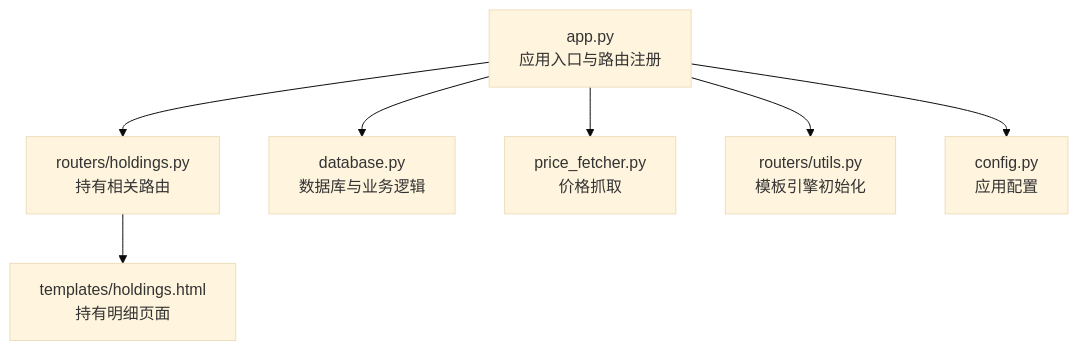
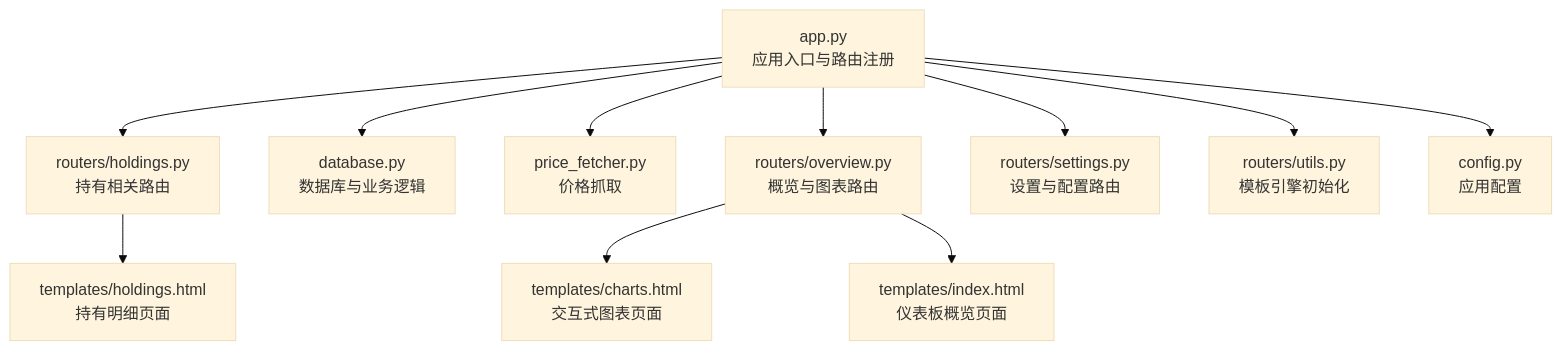
One commit to macrohuang/invest-log changed the first of 6 diagrams in .qoder/repowiki/zh/content/核心功能模块/投资组合管理.md. Above: the diagram before and after it, drawn with Mermaid (base theme). The commit also changed other lines of this file and 11 other files, not shown here.

````diff
--- a/.qoder/repowiki/zh/content/核心功能模块/投资组合管理.md
+++ b/.qoder/repowiki/zh/content/核心功能模块/投资组合管理.md
@@ -44,9 +64,13 @@
 ```mermaid
 graph TB
 A["app.py<br/>应用入口与路由注册"] --> B["routers/holdings.py<br/>持有相关路由"]
 A --> C["database.py<br/>数据库与业务逻辑"]
 A --> D["price_fetcher.py<br/>价格抓取"]
-B --> E["templates/holdings.html<br/>持有明细页面"]
-A --> F["routers/utils.py<br/>模板引擎初始化"]
-A --> G["config.py<br/>应用配置"]
+A --> E["routers/overview.py<br/>概览与图表路由"]
+A --> F["routers/settings.py<br/>设置与配置路由"]
+B --> G["templates/holdings.html<br/>持有明细页面"]
+E --> H["templates/charts.html<br/>交互式图表页面"]
+E --> I["templates/index.html<br/>仪表板概览页面"]
+A --> J["routers/utils.py<br/>模板引擎初始化"]
+A --> K["config.py<br/>应用配置"]
 ```
````
